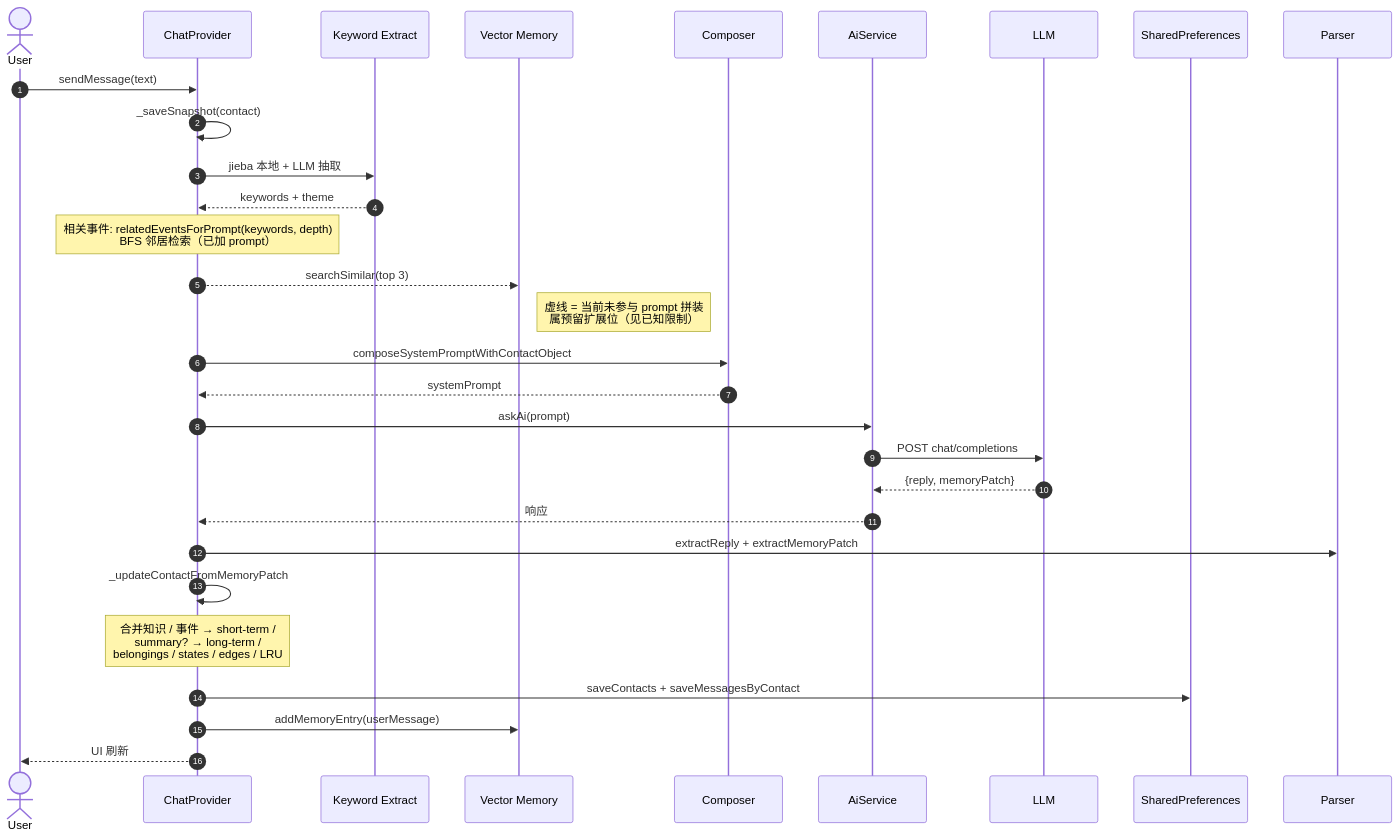
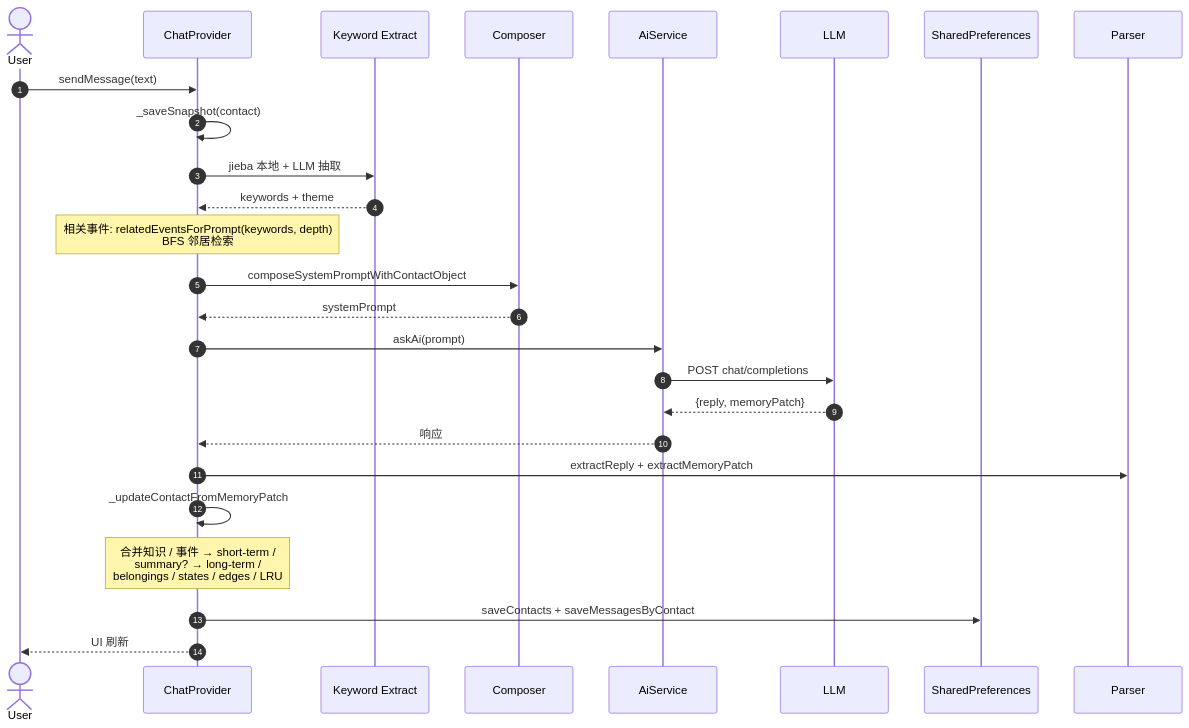
One commit to shoelace66/- changed the first of 2 diagrams in README.md. Above: the diagram before and after it, drawn with Mermaid. The commit also changed other lines of this file and 23 other files, not shown here.

````diff
--- a/README.md
+++ b/README.md
@@ -64,33 +65,29 @@
 ```mermaid
 sequenceDiagram
     autonumber
     actor U as User
     participant CP as ChatProvider
     participant KW as Keyword Extract
-    participant VM as Vector Memory
     participant CO as Composer
     participant AS as AiService
     participant LL as LLM
     participant SP as SharedPreferences
     participant PR as Parser
 
     U->>CP: sendMessage(text)
     CP->>CP: _saveSnapshot(contact)
     CP->>KW: jieba 本地 + LLM 抽取
     KW-->>CP: keywords + theme
-    Note over CP: 相关事件: relatedEventsForPrompt(keywords, depth)<br/>BFS 邻居检索（已加 prompt）
-    CP-->>VM: searchSimilar(top 3)
-    Note right of VM: 虚线 = 当前未参与 prompt 拼装<br/>属预留扩展位（见已知限制）
+    Note over CP: 相关事件: relatedEventsForPrompt(keywords, depth)<br/>BFS 邻居检索
     CP->>CO: composeSystemPromptWithContactObject
     CO-->>CP: systemPrompt
     CP->>AS: askAi(prompt)
     AS->>LL: POST chat/completions
     LL-->>AS: {reply, memoryPatch}
     AS-->>CP: 响应
     CP->>PR: extractReply + extractMemoryPatch
     CP->>CP: _updateContactFromMemoryPatch
     Note over CP: 合并知识 / 事件 → short-term /<br/>summary? → long-term /<br/>belongings / states / edges / LRU
     CP->>SP: saveContacts + saveMessagesByContact
-    CP->>VM: addMemoryEntry(userMessage)
     CP-->>U: UI 刷新
 ```
````
